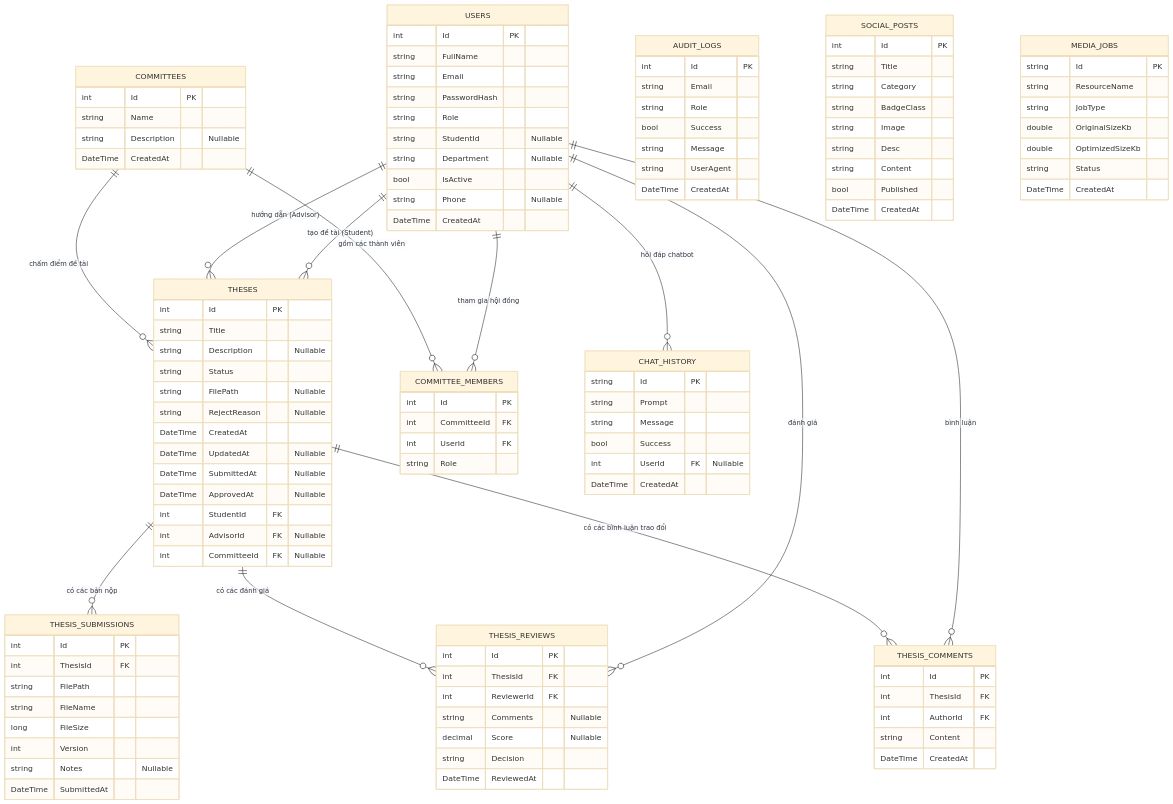
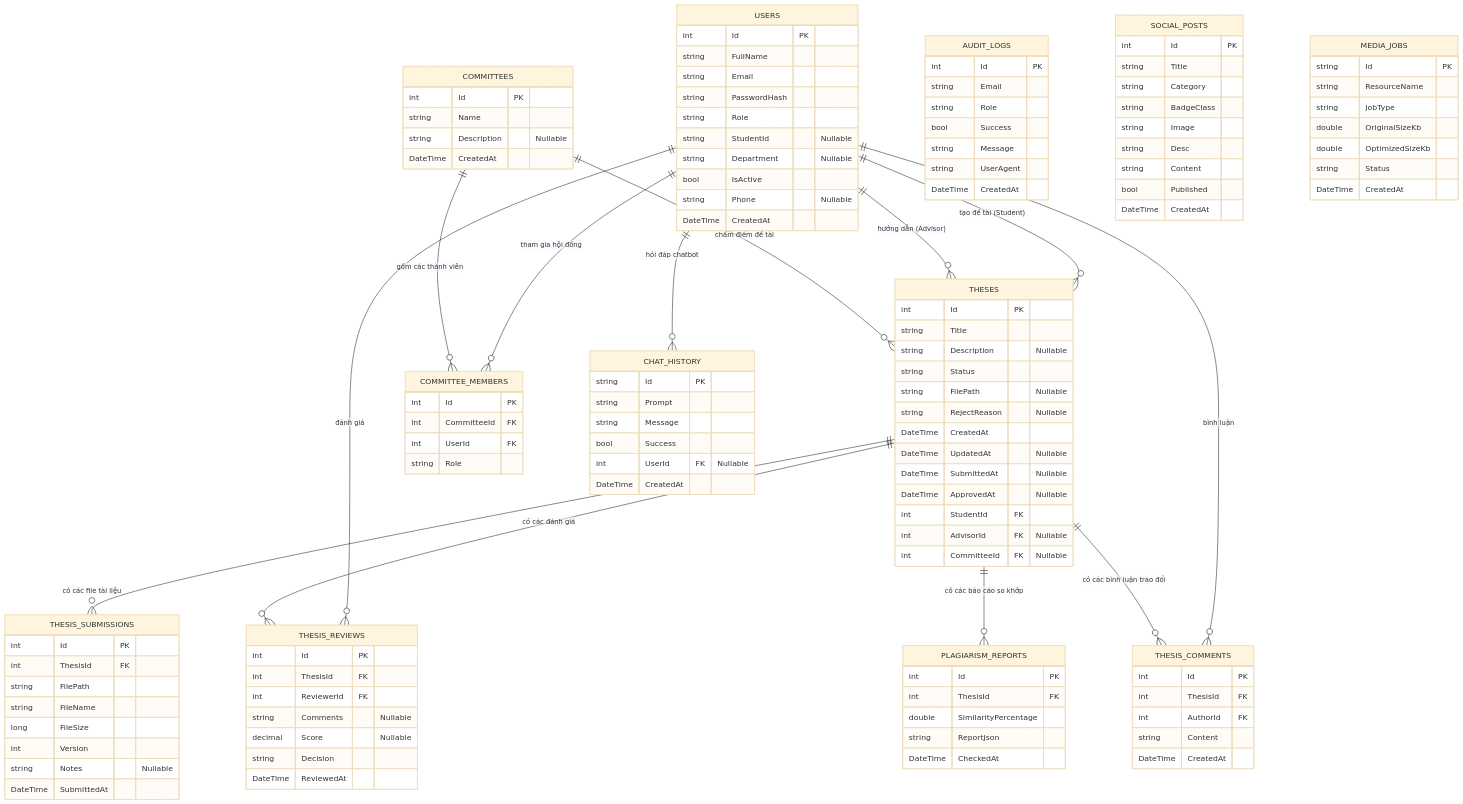
One commit to phucnguyen2716/Thesis-Management changed the first of 2 diagrams in README.md. Above: the diagram before and after it, drawn with Mermaid (base theme). The commit also changed other lines of this file and 31 other files, not shown here.

````diff
--- a/README.md
+++ b/README.md
@@ -347,6 +347,13 @@
         string Status
         DateTime CreatedAt
     }
+    PLAGIARISM_REPORTS {
+        int Id PK
+        int ThesisId FK
+        double SimilarityPercentage
+        string ReportJson
+        DateTime CheckedAt
+    }
 
     USERS ||--o{ THESES : "tạo đề tài (Student)"
     USERS ||--o{ THESES : "hướng dẫn (Advisor)"
@@ -358,7 +365,8 @@
     COMMITTEES ||--o{ COMMITTEE_MEMBERS : "gồm các thành viên"
     COMMITTEES ||--o{ THESES : "chấm điểm đề tài"
 
-    THESES ||--o{ THESIS_SUBMISSIONS : "có các bản nộp"
+    THESES ||--o{ THESIS_SUBMISSIONS : "có các file tài liệu"
     THESES ||--o{ THESIS_REVIEWS : "có các đánh giá"
     THESES ||--o{ THESIS_COMMENTS : "có các bình luận trao đổi"
+    THESES ||--o{ PLAGIARISM_REPORTS : "có các báo cáo so khớp"
 ```
````
